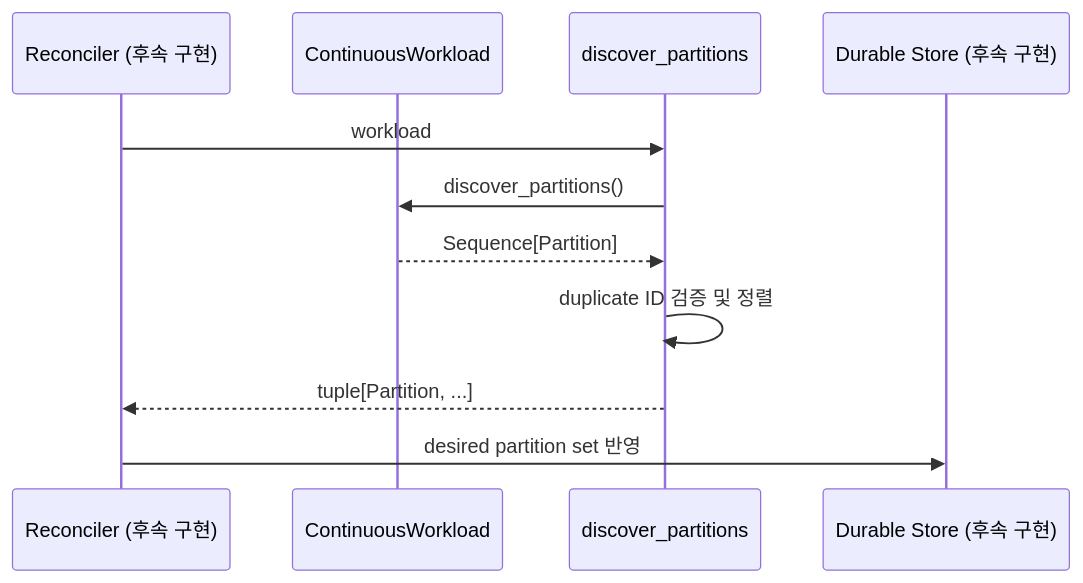
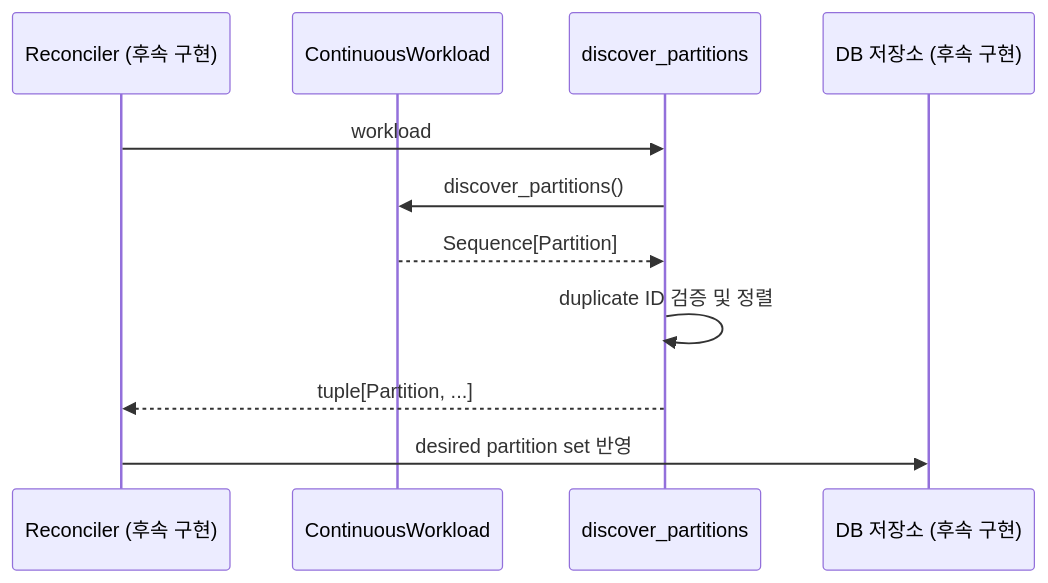
One commit to windowhan/ptf changed the diagram in docs/concepts/continuous-workloads.md. Above: the diagram before and after it, drawn with Mermaid. The commit also changed other lines of this file and 7 other files, not shown here.

````diff
--- a/docs/concepts/continuous-workloads.md
+++ b/docs/concepts/continuous-workloads.md
@@ -45,14 +45,14 @@
 ```mermaid
 sequenceDiagram
     participant R as Reconciler (후속 구현)
     participant W as ContinuousWorkload
     participant H as discover_partitions
-    participant D as Durable Store (후속 구현)
+    participant D as DB 저장소 (후속 구현)
 
     R->>H: workload
     H->>W: discover_partitions()
     W-->>H: Sequence[Partition]
     H->>H: duplicate ID 검증 및 정렬
     H-->>R: tuple[Partition, ...]
     R->>D: desired partition set 반영
 ```
````
